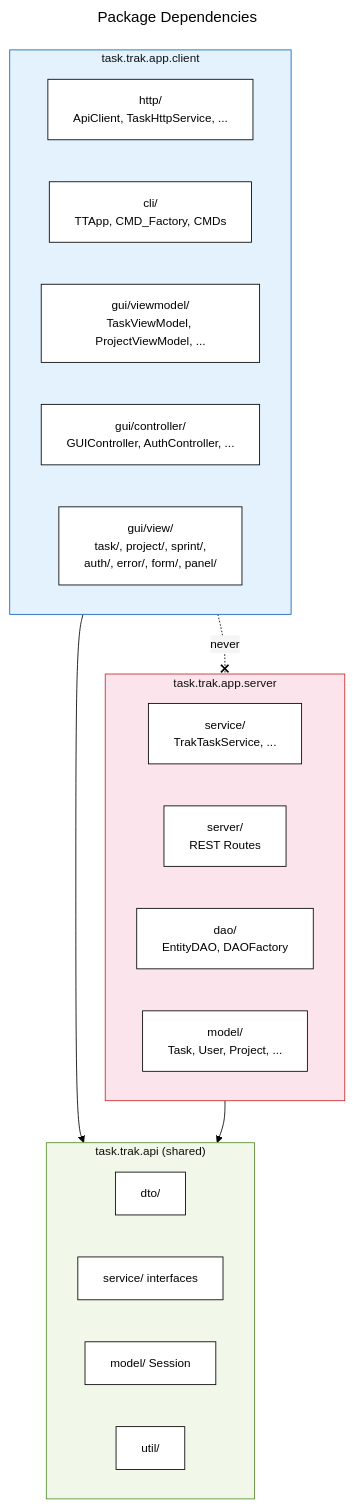
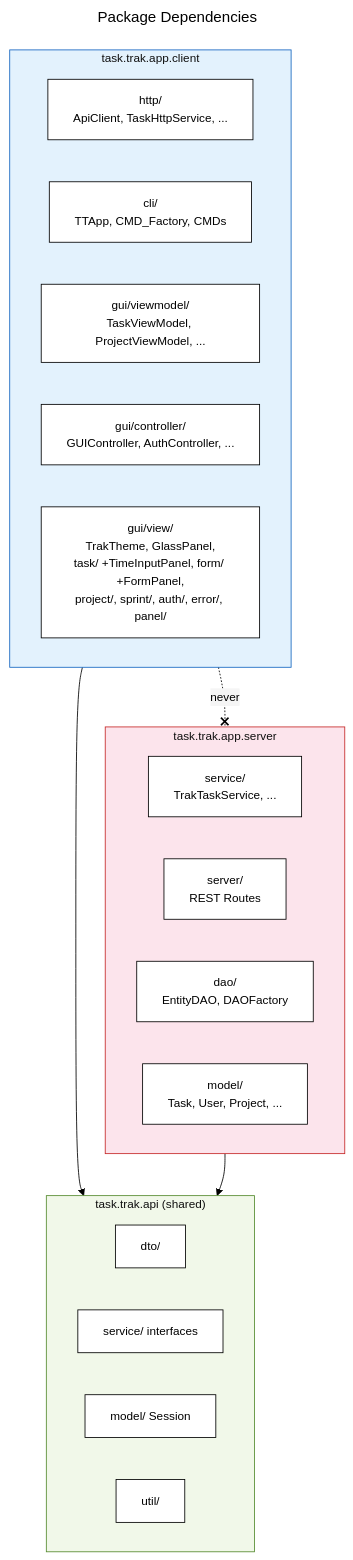
One commit to magana272/TaskTrac changed the third of 10 diagrams in docs/DIAGRAM.md. Above: the diagram before and after it, drawn with Mermaid. The commit also changed other lines of this file and 6 other files, not shown here.

````diff
--- a/docs/DIAGRAM.md
+++ b/docs/DIAGRAM.md
@@ -154,51 +154,51 @@
 ```mermaid
 ---
 config:
   theme: base
   themeVariables:
     primaryColor: '#ffffff'
     primaryTextColor: '#000000'
     primaryBorderColor: '#000000'
     lineColor: '#000000'
     secondaryColor: '#f5f5f5'
     tertiaryColor: '#f0f0f0'
     fontFamily: 'Georgia, Times New Roman, serif'
     fontSize: '14px'
     clusterBkg: '#fafafa'
     clusterBorder: '#000000'
 title: Package Dependencies
 ---
 flowchart TB
     subgraph api["task.trak.api (shared)"]
         direction LR
         dto[dto/]
         svc_if[service/ interfaces]
         session[model/ Session]
         util[util/]
     end
 
     subgraph client["task.trak.app.client"]
         direction LR
         http[http/<br>ApiClient, TaskHttpService, ...]
         cli[cli/<br>TTApp, CMD_Factory, CMDs]
         viewmodel[gui/viewmodel/<br>TaskViewModel, ProjectViewModel, ...]
         controller[gui/controller/<br>GUIController, AuthController, ...]
-        views[gui/view/<br>task/, project/, sprint/,<br>auth/, error/, form/, panel/]
+        views[gui/view/<br>TrakTheme, GlassPanel,<br>task/ +TimeInputPanel, form/ +FormPanel,<br>project/, sprint/, auth/, error/, panel/]
     end
 
     subgraph server["task.trak.app.server"]
         direction LR
         svc_impl[service/<br>TrakTaskService, ...]
         routes[server/<br>REST Routes]
         dao_layer[dao/<br>EntityDAO, DAOFactory]
         models[model/<br>Task, User, Project, ...]
     end
 
     client --> api
     server --> api
     client -.-x|never| server
 
     style client fill:#e3f2fd,stroke:#1565c0
     style server fill:#fce4ec,stroke:#c62828
     style api fill:#f1f8e9,stroke:#558b2f
 ```
````
